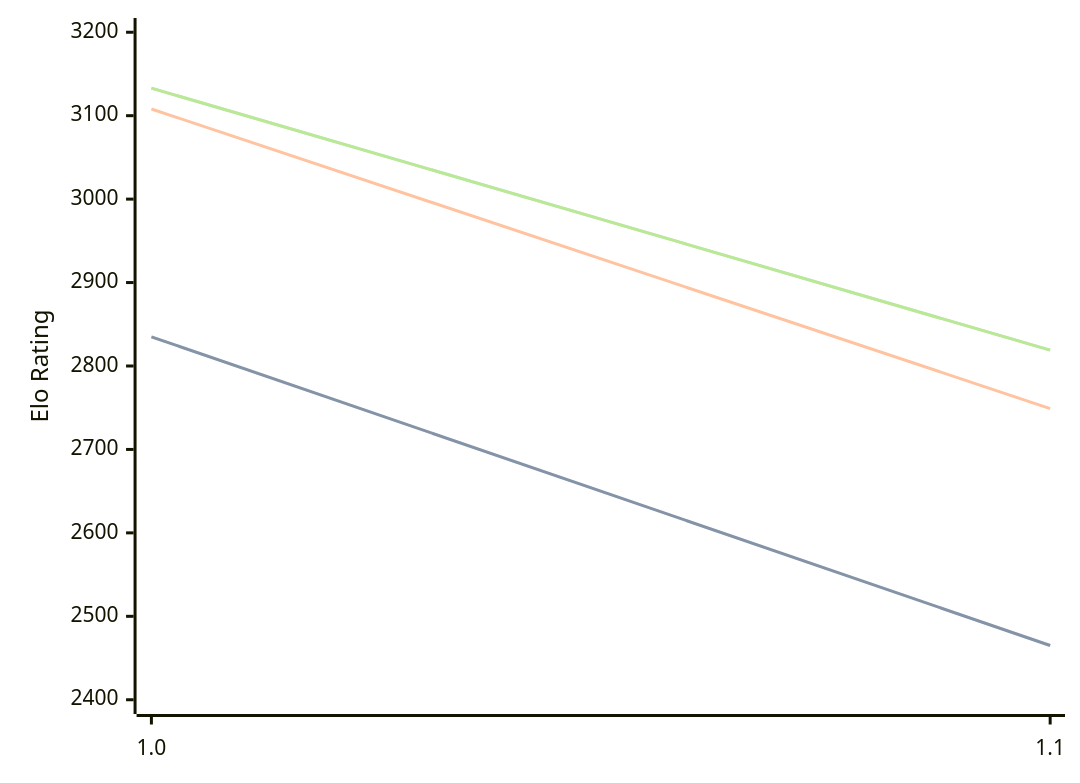
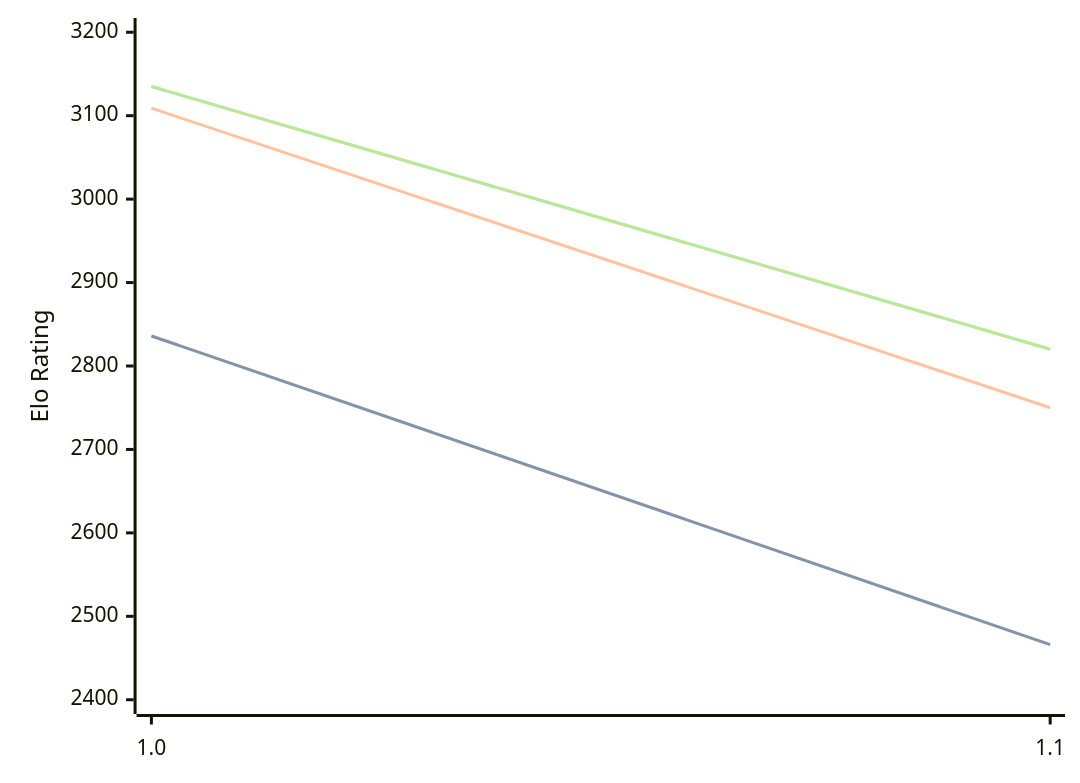
One commit to computer-chess-index/cci changed the diagram in engines/Publius.md. Above: the diagram before and after it, drawn with Mermaid. The commit also changed other lines of this file, not shown here.

Commit message:
Update CCI Ratings (ELO VLTC) - 2026-09-01

````diff
--- a/engines/Publius.md
+++ b/engines/Publius.md
@@ -32,11 +32,11 @@
 ```mermaid
 %%{init: {"theme":"base","themeVariables":{"seriesColors:['#a3a3a3','#222221','#faa371']}}}%%
 xychart-beta
   x-axis ["1.0", "1.1"]
   y-axis "Elo Rating" 2400 --> 3200
-  line "" [2835, 2465]
-  line "STC (8.0+0.08s)" [2835, 2465]
-  line "LTC (60.0+0.60s)" [3108, 2749]
-  line "" [3133, 2819]
-  line "VLTC (2m24s+1.12s)" [3133, 2819]
+  line "" [2836, 2466]
+  line "STC (8.0+0.08s)" [2836, 2466]
+  line "LTC (60.0+0.60s)" [3109, 2750]
+  line "" [3135, 2820]
+  line "VLTC (2m24s+1.12s)" [3135, 2820]
 ```
````
